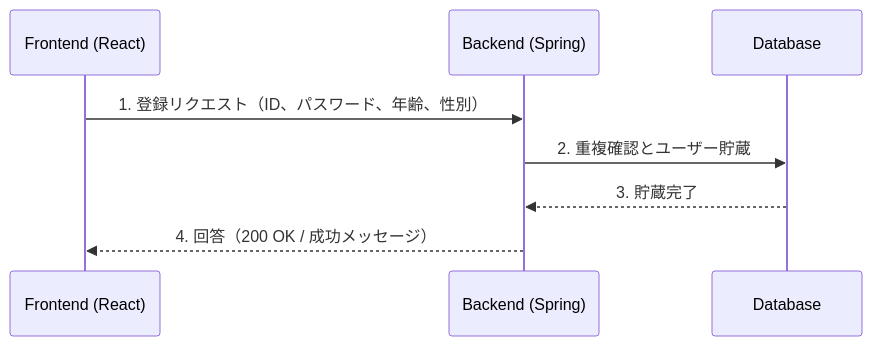
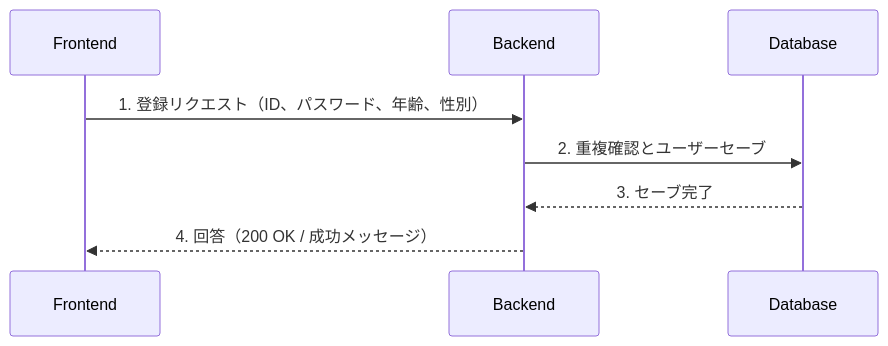
The second of 10 diagrams in README_img/SEQUENCE.md (You-HyunHo/ani-frontend), drawn with Mermaid before and after one commit. The commit also changed other lines of this file, not shown here.

````diff
--- a/README_img/SEQUENCE.md
+++ b/README_img/SEQUENCE.md
@@ -19,11 +19,11 @@
 ```mermaid
 sequenceDiagram
-    participant FE as Frontend (React)
-    participant BE as Backend (Spring)
+    participant FE as Frontend 
+    participant BE as Backend 
     participant DB as Database
 
     FE->>BE: 1. 登録リクエスト（ID、パスワード、年齢、性別）
-    BE->>DB: 2. 重複確認とユーザー貯蔵
-    DB-->>BE: 3. 貯蔵完了
+    BE->>DB: 2. 重複確認とユーザーセーブ
+    DB-->>BE: 3. セーブ完了
     BE-->>FE: 4. 回答（200 OK / 成功メッセージ）
 ```
````
